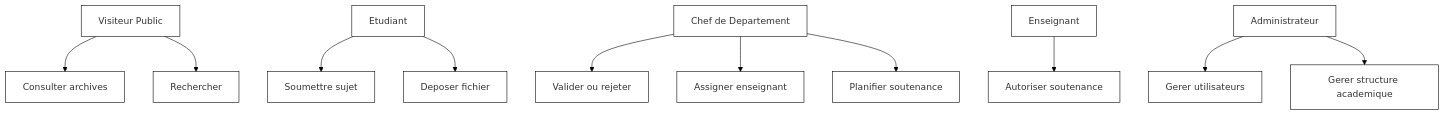
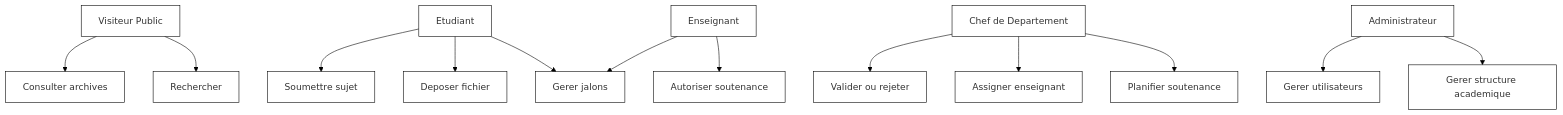
The first of 13 diagrams in DIAGRAMMES-PAR-FIGURE-NB.md (DavidMwangaza/TFC-Manager), drawn with Mermaid before and after one commit. The commit also changed other lines of this file and 42 other files, not shown here.

````diff
--- a/DIAGRAMMES-PAR-FIGURE-NB.md
+++ b/DIAGRAMMES-PAR-FIGURE-NB.md
@@ -8,14 +8,16 @@
 ```mermaid
 %%{init: {'theme':'base','themeVariables': {'background':'#ffffff','primaryColor':'#ffffff','primaryBorderColor':'#000000','lineColor':'#000000','textColor':'#000000'}}}%%
 graph TB
     A[Visiteur Public] --> U1[Consulter archives]
     A --> U2[Rechercher]
     B[Etudiant] --> U3[Soumettre sujet]
     B --> U4[Deposer fichier]
     C[Chef de Departement] --> U5[Valider ou rejeter]
     C --> U6[Assigner enseignant]
     C --> U10[Planifier soutenance]
-    D[Enseignant] --> U7[Autoriser soutenance]
+    D[Enseignant] --> U11[Gerer jalons]
+    D --> U7[Autoriser soutenance]
+    B --> U11
     E[Administrateur] --> U8[Gerer utilisateurs]
     E --> U9[Gerer structure academique]
 ```
````
